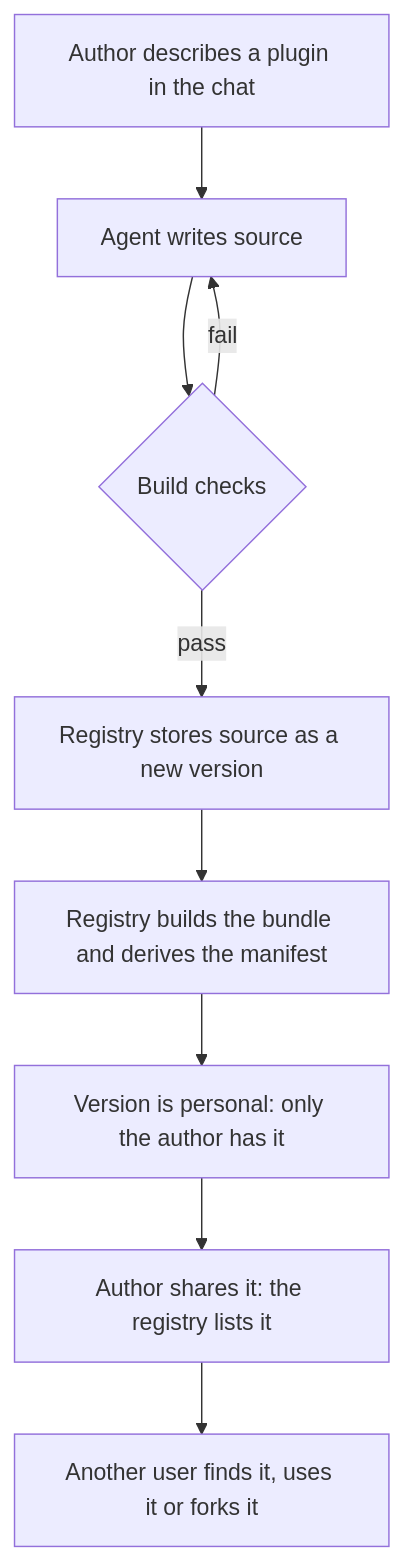
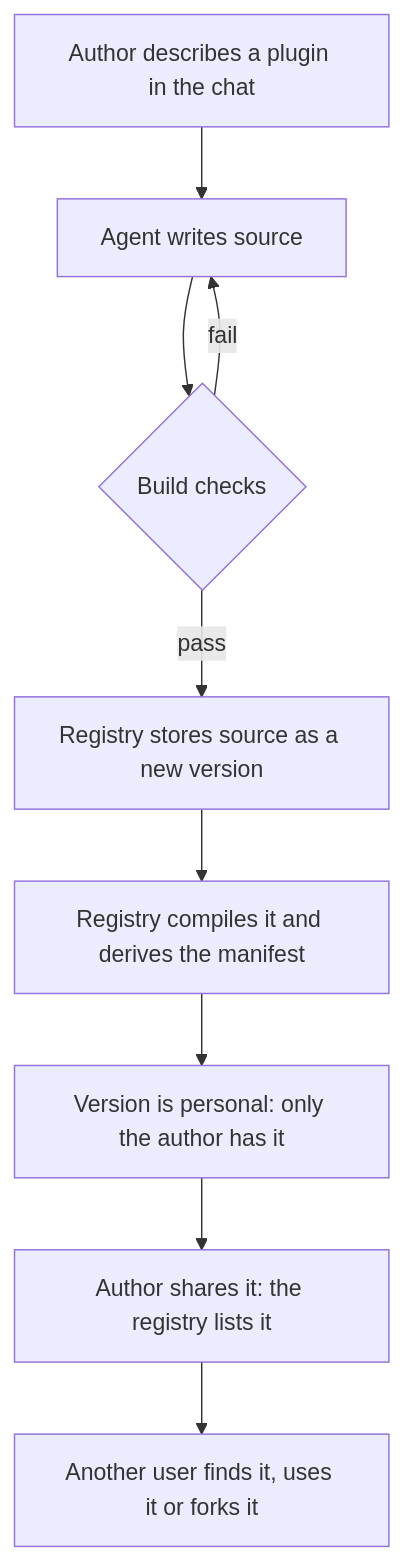
One commit to mcwhittemore/thixo changed the first of 3 diagrams in docs/03-architecture.md. Above: the diagram before and after it, drawn with Mermaid. The commit also changed other lines of this file and 20 other files, not shown here.

````diff
--- a/docs/03-architecture.md
+++ b/docs/03-architecture.md
@@ -36,11 +37,11 @@
 ```mermaid
 flowchart TD
   A[Author describes a plugin in the chat] --> B[Agent writes source]
   B --> C{Build checks}
   C -- fail --> B
   C -- pass --> D[Registry stores source as a new version]
-  D --> E[Registry builds the bundle and derives the manifest]
+  D --> E[Registry compiles it and derives the manifest]
   E --> F[Version is personal: only the author has it]
   F --> G[Author shares it: the registry lists it]
   G --> H[Another user finds it, uses it or forks it]
 ```
````
